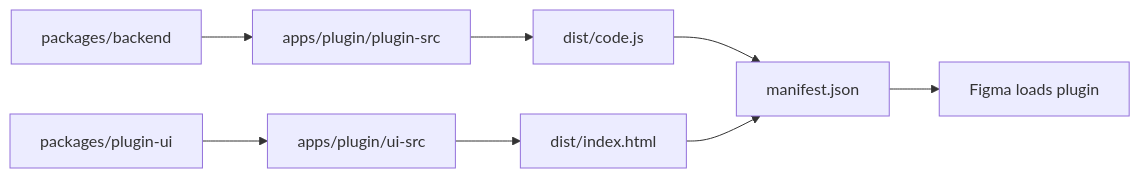
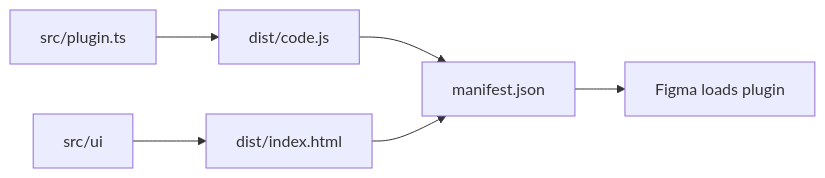
One commit to CodeByStella/FIGMA2CODE changed the eighth of 9 diagrams in docs/logic.md. Above: the diagram before and after it, drawn with Mermaid. The commit also changed other lines of this file and 161 other files, not shown here.

First line of the commit message:
Flatten the plugin into a single src/ package

````diff
--- a/docs/logic.md
+++ b/docs/logic.md
@@ -241,10 +239,8 @@
 ```mermaid
 flowchart LR
-  BE["packages/backend"] --> PS["apps/plugin/plugin-src"]
-  UI["packages/plugin-ui"] --> US["apps/plugin/ui-src"]
-  PS --> DistJS["dist/code.js"]
-  US --> DistHTML["dist/index.html"]
+  Plugin["src/plugin.ts"] --> DistJS["dist/code.js"]
+  UI["src/ui"] --> DistHTML["dist/index.html"]
   DistJS --> Manifest["manifest.json"]
   DistHTML --> Manifest
   Manifest --> Figma["Figma loads plugin"]
 ```
````
